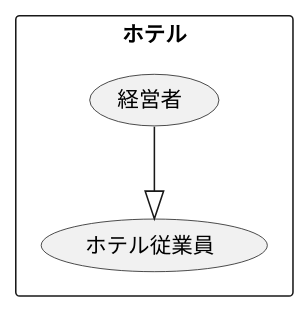
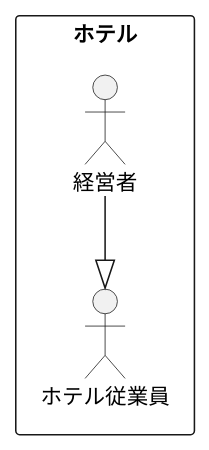
The diagram in 演習2-2_ホテル従業員.pu (TTaKesAwA/uml-intro), drawn with PlantUML before and after one commit. The commit also changed 3 other files, not shown here.

```diff
--- a/演習2-2_ホテル従業員.pu
+++ b/演習2-2_ホテル従業員.pu
@@ -1,7 +1,7 @@
 @startuml 例題1
 rectangle ホテル {
-usecase 経営者
-usecase ホテル従業員
+actor 経営者
+actor ホテル従業員
 }
 経営者 --|> ホテル従業員
 @enduml
```
